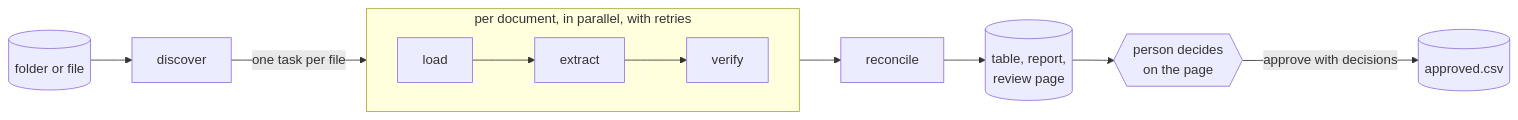
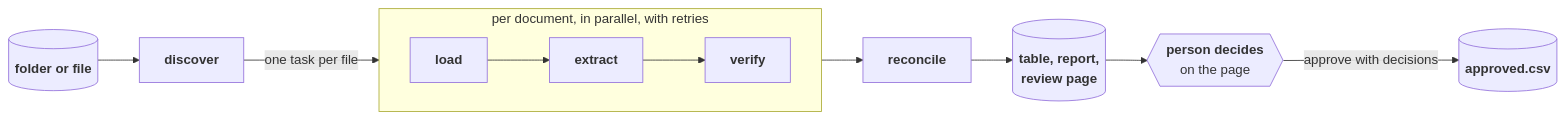
Before and after one commit to sean-carmody5/docintel: the first of 3 diagrams in PLAN.md, drawn with Mermaid. The commit also changed other lines of this file and 3 other files, not shown here.

Commit message:
Diagrams: stage names in bold; write-up notes on model comparison breadth and the second pass

````diff
--- a/PLAN.md
+++ b/PLAN.md
@@ -11,13 +11,13 @@
 ```mermaid
 flowchart LR
-  F[(folder or file)] --> D[discover]
+  F[("<b>folder or file</b>")] --> D["<b>discover</b>"]
   D -->|one task per file| L
   subgraph P["per document, in parallel, with retries"]
     direction LR
-    L[load] --> X[extract] --> V[verify]
+    L["<b>load</b>"] --> X["<b>extract</b>"] --> V["<b>verify</b>"]
   end
-  V --> R[reconcile]
-  R --> W[(table, report,<br/>review page)]
-  W --> H{{person decides<br/>on the page}}
-  H -->|approve with decisions| M[(approved.csv)]
+  V --> R["<b>reconcile</b>"]
+  R --> W[("<b>table, report,<br/>review page</b>")]
+  W --> H{{"<b>person decides</b><br/>on the page"}}
+  H -->|approve with decisions| M[("<b>approved.csv</b>")]
 ```
````
